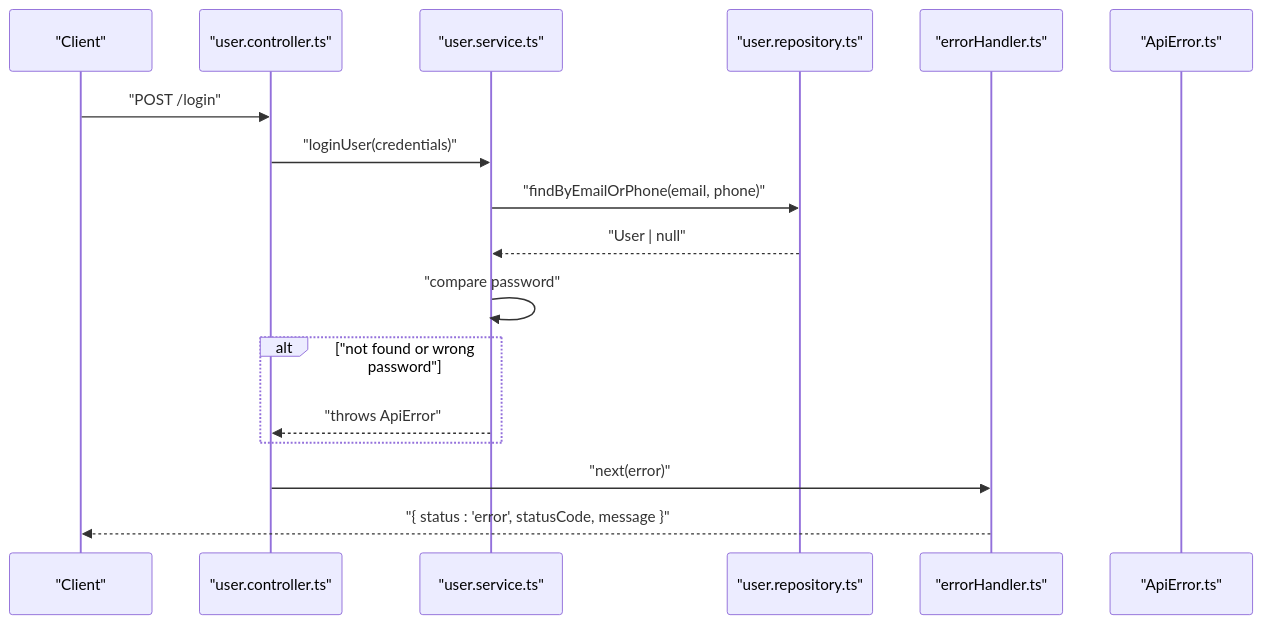
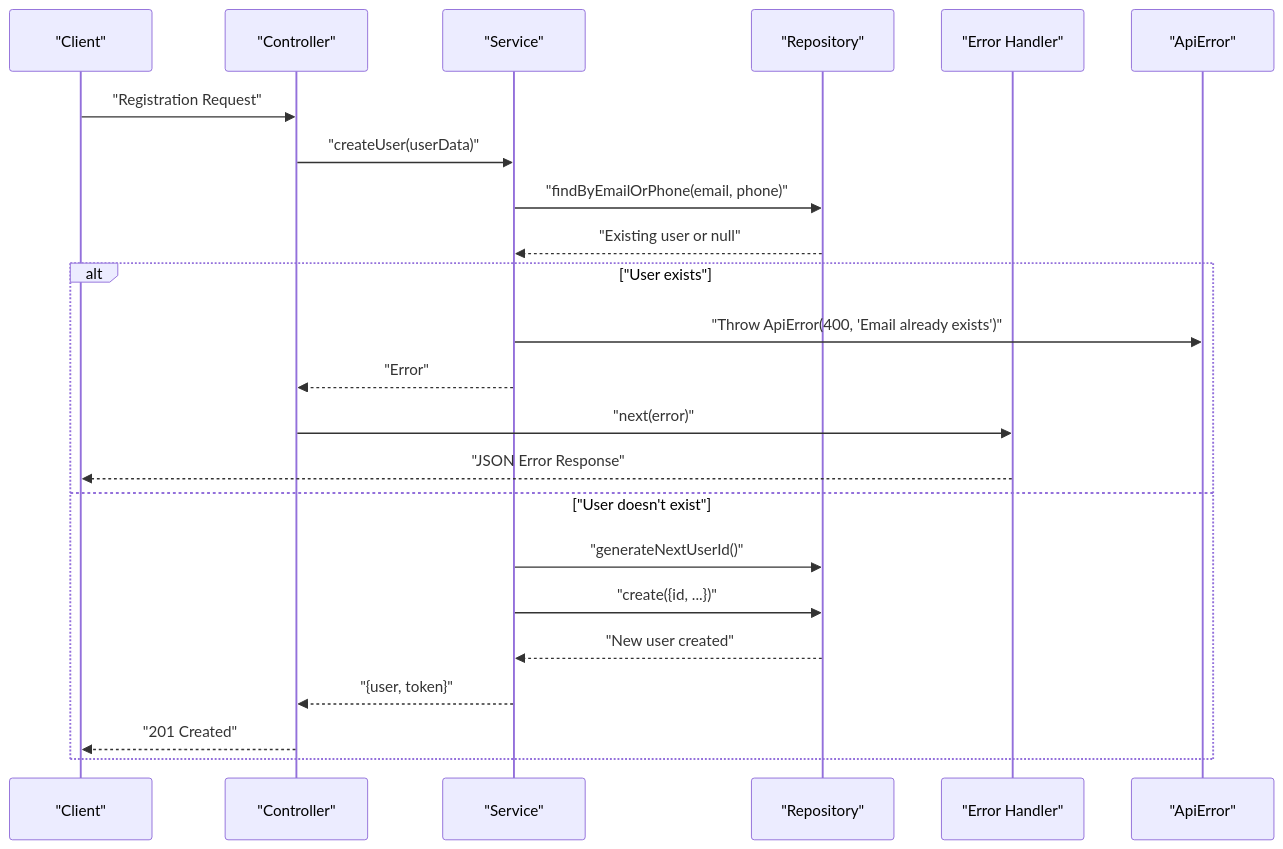
One commit to nguyencongtrung2001/Do-An changed diagram 11 of 11 in .qoder/repowiki/en/content/Backend Architecture/Data Access Layer.md. Above: the diagram before and after it, drawn with Mermaid. The commit also changed other lines of this file and 12 other files, not shown here.

````diff
--- a/.qoder/repowiki/en/content/Backend Architecture/Data Access Layer.md
+++ b/.qoder/repowiki/en/content/Backend Architecture/Data Access Layer.md
@@ -581,19 +649,25 @@
 ```mermaid
 sequenceDiagram
 participant Client as "Client"
-participant Ctrl as "user.controller.ts"
-participant Svc as "user.service.ts"
-participant Repo as "user.repository.ts"
-participant Err as "errorHandler.ts"
-participant AErr as "ApiError.ts"
-Client->>Ctrl : "POST /login"
-Ctrl->>Svc : "loginUser(credentials)"
-Svc->>Repo : "findByEmailOrPhone(email, phone)"
-Repo-->>Svc : "User | null"
-Svc->>Svc : "compare password"
-alt "not found or wrong password"
-Svc-->>Ctrl : "throws ApiError"
+participant Controller as "Controller"
+participant Service as "Service"
+participant Repository as "Repository"
+participant ErrorHandler as "Error Handler"
+participant ApiError as "ApiError"
+Client->>Controller : "Registration Request"
+Controller->>Service : "createUser(userData)"
+Service->>Repository : "findByEmailOrPhone(email, phone)"
+Repository-->>Service : "Existing user or null"
+alt "User exists"
+Service->>ApiError : "Throw ApiError(400, 'Email already exists')"
+Service-->>Controller : "Error"
+Controller->>ErrorHandler : "next(error)"
+ErrorHandler-->>Client : "JSON Error Response"
+else "User doesn't exist"
+Service->>Repository : "generateNextUserId()"
+Service->>Repository : "create({id, ...})"
+Repository-->>Service : "New user created"
+Service-->>Controller : "{user, token}"
+Controller-->>Client : "201 Created"
 end
-Ctrl->>Err : "next(error)"
-Err-->>Client : "{ status : 'error', statusCode, message }"
 ```
````
